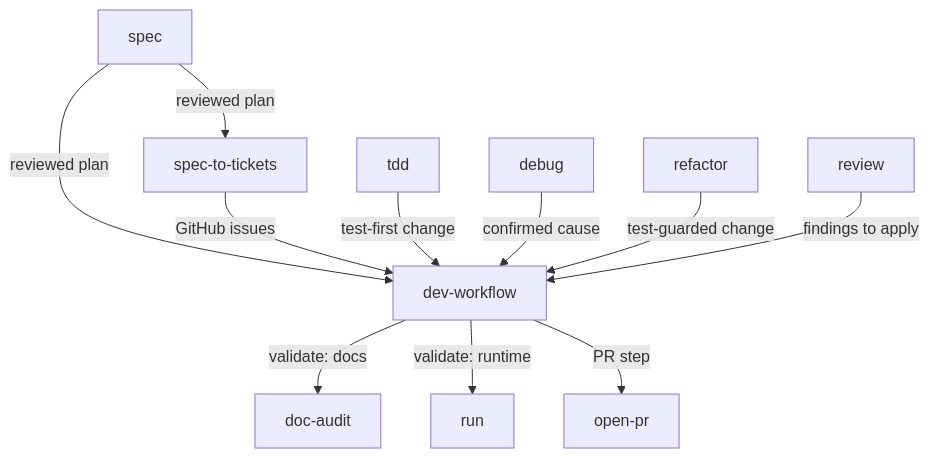
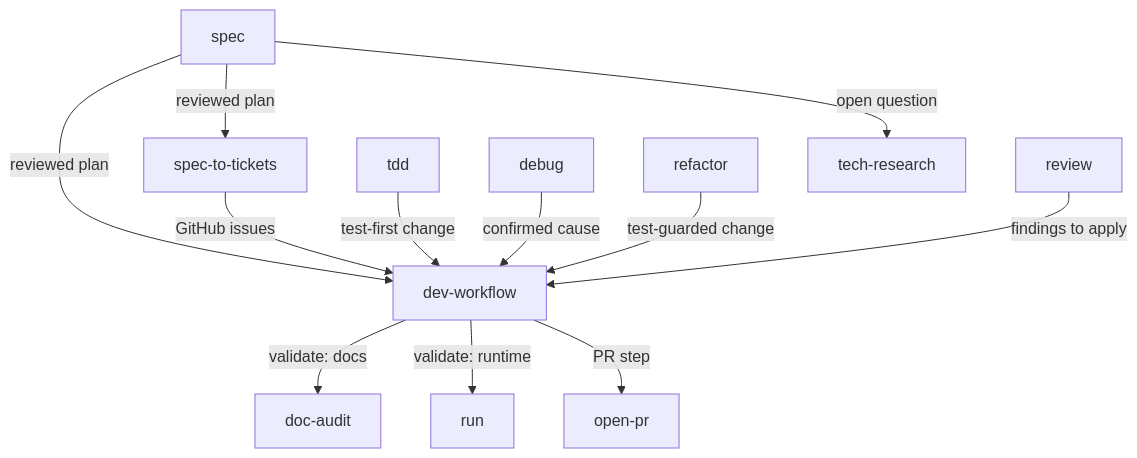
Before and after one commit to greerviau/skills: the diagram in docs/engineering-skill-composition.md, drawn with Mermaid. The commit also changed other lines of this file and 4 other files, not shown here.

First line of the commit message:
docs(engineering): register tech-research across the composition docs

````diff
--- a/docs/engineering-skill-composition.md
+++ b/docs/engineering-skill-composition.md
@@ -8,25 +8,27 @@
 ```mermaid
 flowchart TD
     spec[spec]
     tdd[tdd]
     debug[debug]
     refactor[refactor]
     review[review]
     s2t[spec-to-tickets]
+    techresearch[tech-research]
     devworkflow[dev-workflow]
     docaudit[doc-audit]
     run[run]
     openpr[open-pr]
 
     spec -->|reviewed plan| s2t
     spec -->|reviewed plan| devworkflow
+    spec -->|open question| techresearch
     s2t -->|GitHub issues| devworkflow
     tdd -->|test-first change| devworkflow
     debug -->|confirmed cause| devworkflow
     refactor -->|test-guarded change| devworkflow
     review -->|findings to apply| devworkflow
 
     devworkflow -->|validate: docs| docaudit
     devworkflow -->|validate: runtime| run
     devworkflow -->|PR step| openpr
 ```
````
